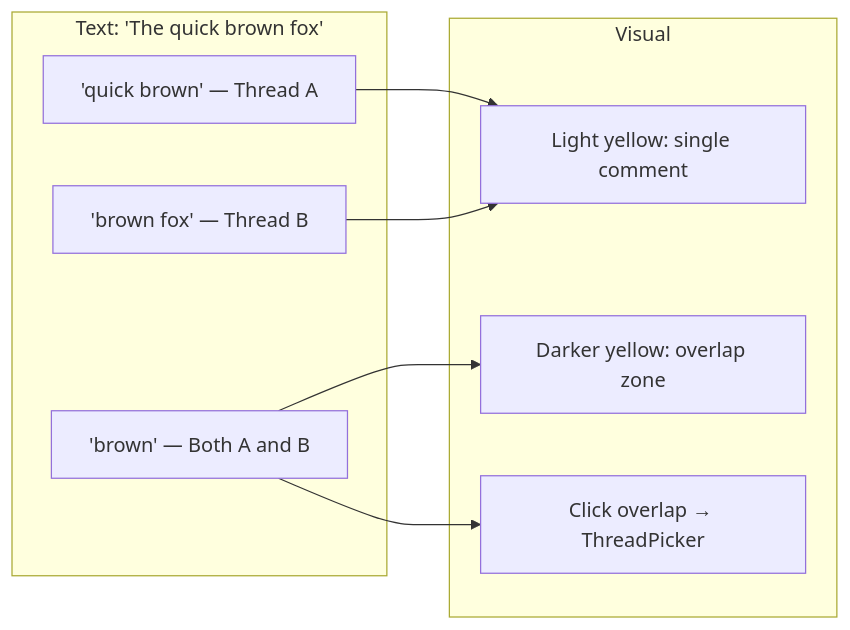
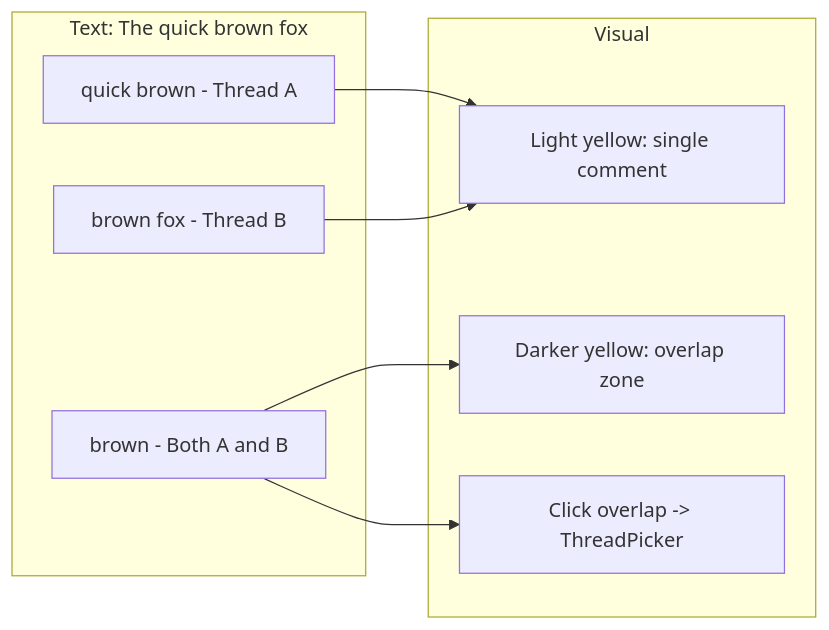
The second of 2 diagrams in docs/planStep03_6Comments/08-thread-lifecycle.md (crs48/xNet), drawn with Mermaid before and after one commit. The commit also changed other lines of this file and 8 other files, not shown here.

````diff
--- a/docs/planStep03_6Comments/08-thread-lifecycle.md
+++ b/docs/planStep03_6Comments/08-thread-lifecycle.md
@@ -251,19 +240,19 @@
 ```mermaid
 flowchart LR
-    subgraph "Text: 'The quick brown fox'"
-        A["'quick brown' — Thread A"]
-        B["'brown fox' — Thread B"]
-        OVERLAP["'brown' — Both A and B"]
+    subgraph Text[Text: The quick brown fox]
+        A[quick brown - Thread A]
+        B[brown fox - Thread B]
+        OVERLAP[brown - Both A and B]
     end
 
-    subgraph "Visual"
-        V1["Light yellow: single comment"]
-        V2["Darker yellow: overlap zone"]
-        V3["Click overlap → ThreadPicker"]
+    subgraph Visual
+        V1[Light yellow: single comment]
+        V2[Darker yellow: overlap zone]
+        V3[Click overlap -> ThreadPicker]
     end
 
     A --> V1
     B --> V1
     OVERLAP --> V2
     OVERLAP --> V3
 ```
````
